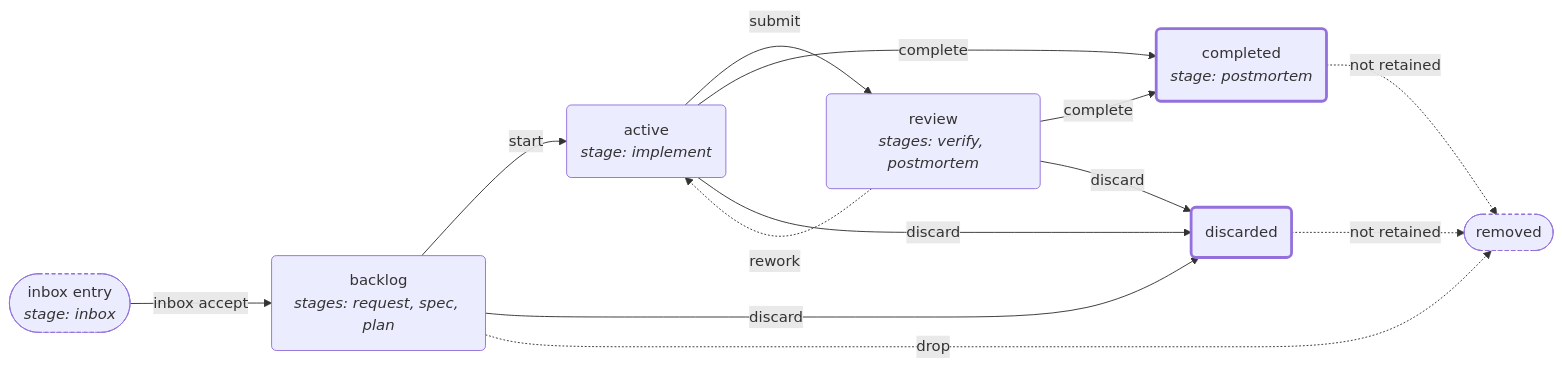
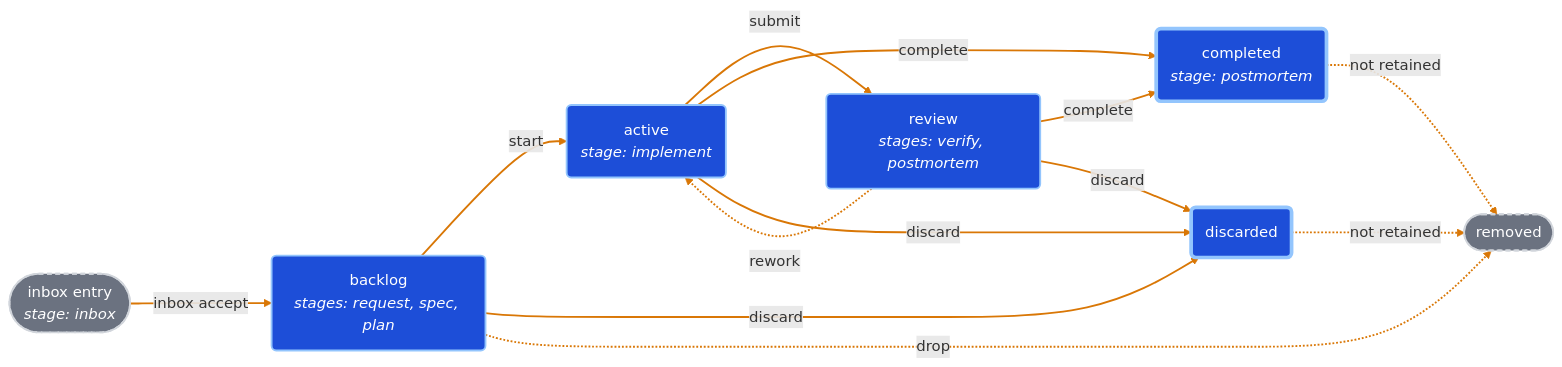
One commit to brocef/TCW changed the diagram in README.md. Above: the diagram before and after it, drawn with Mermaid.

Commit message:
docs(readme): color the lifecycle diagram by node type

````diff
--- a/README.md
+++ b/README.md
@@ -433,26 +433,28 @@
 ```mermaid
 flowchart LR
     inbox(["inbox entry<br/><i>stage: inbox</i>"]):::outside
-    backlog("backlog<br/><i>stages: request, spec, plan</i>")
-    active("active<br/><i>stage: implement</i>")
-    review("review<br/><i>stages: verify, postmortem</i>")
+    backlog("backlog<br/><i>stages: request, spec, plan</i>"):::status
+    active("active<br/><i>stage: implement</i>"):::status
+    review("review<br/><i>stages: verify, postmortem</i>"):::status
     completed("completed<br/><i>stage: postmortem</i>"):::terminal
     discarded("discarded"):::terminal
     removed(["removed"]):::outside
 
     inbox -->|inbox accept| backlog
     backlog -->|start| active
     active -->|submit| review
     review -.->|rework| active
     active -->|complete| completed
     review -->|complete| completed
     backlog -->|discard| discarded
     active -->|discard| discarded
     review -->|discard| discarded
     backlog -.->|drop| removed
     completed -.->|not retained| removed
     discarded -.->|not retained| removed
 
-    classDef outside stroke-dasharray: 4 3
-    classDef terminal stroke-width:3px
+    classDef status fill:#1d4ed8,stroke:#93c5fd,stroke-width:2px,color:#ffffff
+    classDef terminal fill:#1d4ed8,stroke:#93c5fd,stroke-width:4px,color:#ffffff
+    classDef outside fill:#6b7280,stroke:#d1d5db,stroke-width:2px,stroke-dasharray:5 4,color:#ffffff
+    linkStyle default stroke:#d97706,stroke-width:2px
 ```
````
